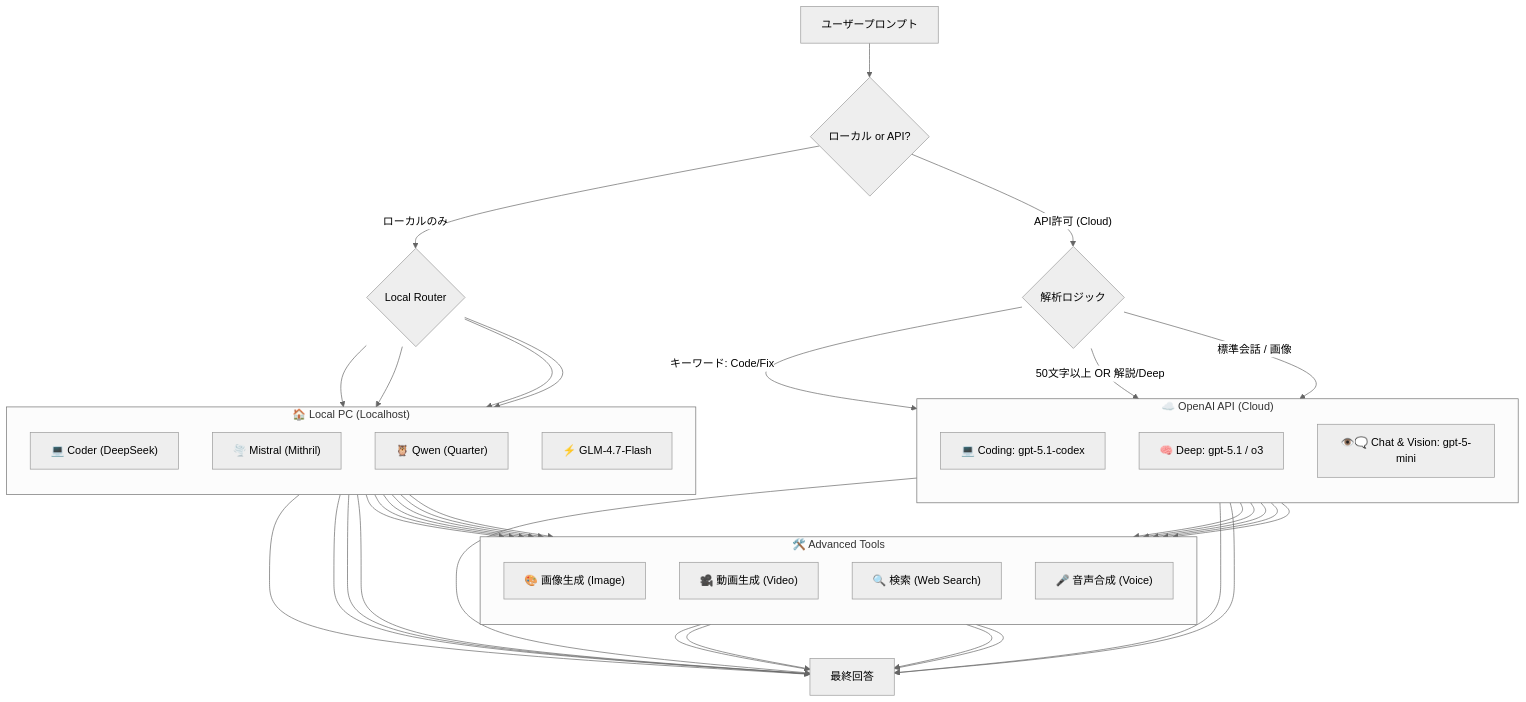
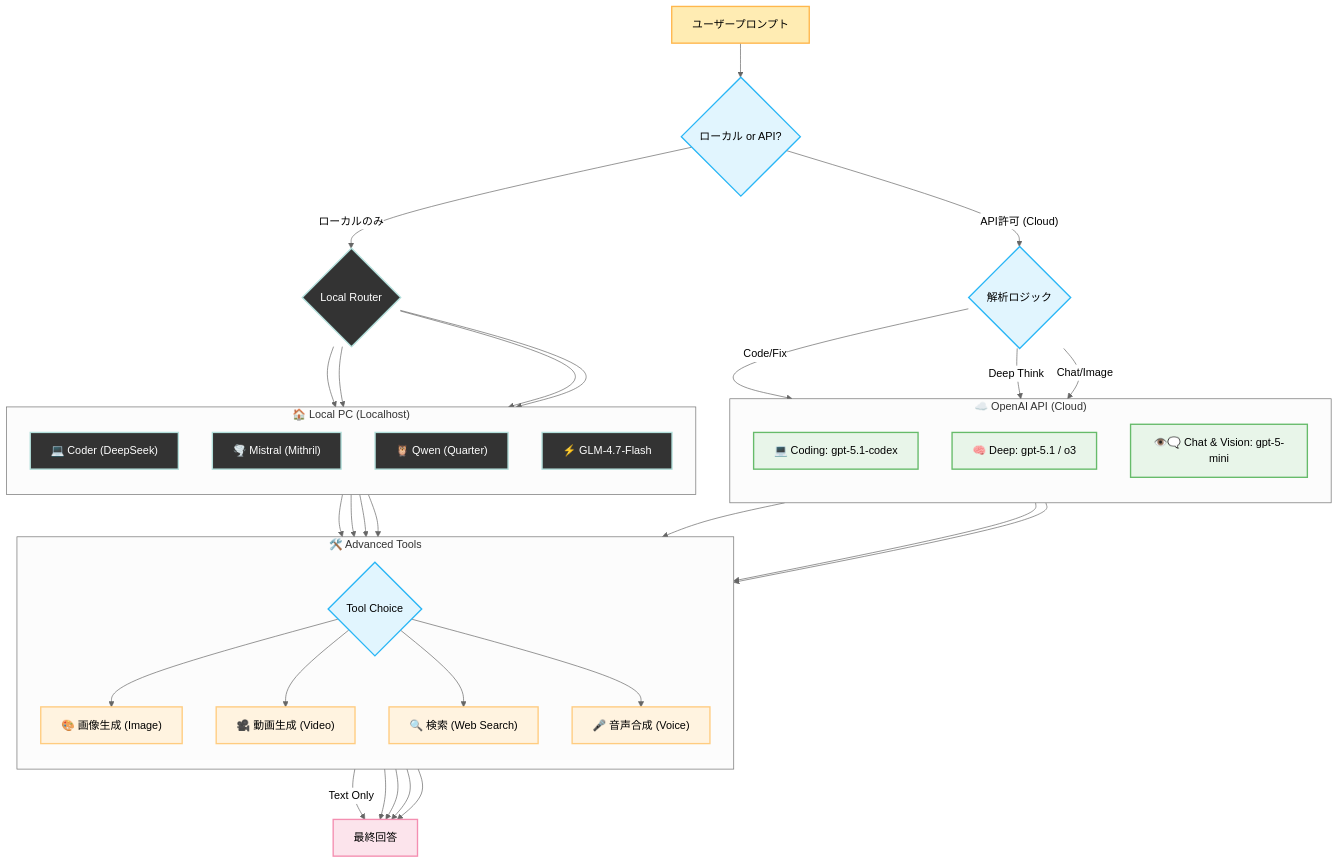
The diagram in README_JP.md (YoneRai12/YonerAI), drawn with Mermaid (neutral theme) before and after one commit. The commit also changed 1 other file, not shown here.

Commit message:
Docs: Beautify Diagram - Bundle Wires via ToolHub & Add Colors [skip ci]

````diff
--- a/README_JP.md
+++ b/README_JP.md
@@ -60,55 +60,64 @@
 ```mermaid
 graph TD
-    UserInput["ユーザープロンプト"] --> RouteCheck{ローカル or API?}
+    %% Styling Definitions
+    classDef user fill:#ffecb3,stroke:#ffb74d,stroke-width:2px,color:#000
+    classDef router fill:#e1f5fe,stroke:#29b6f6,stroke-width:2px,color:#000
+    classDef cloud fill:#e8f5e9,stroke:#66bb6a,stroke-width:2px,color:#000
+    classDef local fill:#333,stroke:#b2dfdb,stroke-width:2px,color:#fff
+    classDef tool fill:#fff3e0,stroke:#ffcc80,stroke-width:2px,color:#000
+    classDef final fill:#fce4ec,stroke:#f48fb1,stroke-width:2px,color:#000
+
+    UserInput["ユーザープロンプト"]:::user --> RouteCheck{ローカル or API?}:::router
 
     %% Right Branch: Local
-    RouteCheck -- "ローカルのみ" --> LocalRouter{Local Router}
+    RouteCheck -- "ローカルのみ" --> LocalRouter{Local Router}:::local
 
     %% Left Branch: Cloud (API)
-    RouteCheck -- "API許可 (Cloud)" --> OmniRouter{解析ロジック}
+    RouteCheck -- "API許可 (Cloud)" --> OmniRouter{解析ロジック}:::router
 
     %% Cloud Subgraph
     subgraph Cloud ["☁️ OpenAI API (Cloud)"]
         direction TB
-        CodingModel["💻 Coding: gpt-5.1-codex"]
-        HighModel["🧠 Deep: gpt-5.1 / o3"]
-        MiniModel["👁️🗨️ Chat & Vision: gpt-5-mini"]
+        CodingModel["💻 Coding: gpt-5.1-codex"]:::cloud
+        HighModel["🧠 Deep: gpt-5.1 / o3"]:::cloud
+        MiniModel["👁️🗨️ Chat & Vision: gpt-5-mini"]:::cloud
     end
     
     %% Local Subgraph
     subgraph Local ["🏠 Local PC (Localhost)"]
         direction TB
-        L_Coder["💻 Coder (DeepSeek)"]
-        L_Mistral["🌪️ Mistral (Mithril)"]
-        L_Qwen["🦉 Qwen (Quarter)"]
-        L_GLM["⚡ GLM-4.7-Flash"]
+        L_Coder["💻 Coder (DeepSeek)"]:::local
+        L_Mistral["🌪️ Mistral (Mithril)"]:::local
+        L_Qwen["🦉 Qwen (Quarter)"]:::local
+        L_GLM["⚡ GLM-4.7-Flash"]:::local
     end
 
     %% Tools Layer
     subgraph Tools ["🛠️ Advanced Tools"]
         direction TB
-        T_Img["🎨 画像生成 (Image)"]
-        T_Vid["🎥 動画生成 (Video)"]
-        T_Search["🔍 検索 (Web Search)"]
-        T_Voice["🎤 音声合成 (Voice)"]
+        ToolHub{Tool Choice}:::router
+        T_Img["🎨 画像生成 (Image)"]:::tool
+        T_Vid["🎥 動画生成 (Video)"]:::tool
+        T_Search["🔍 検索 (Web Search)"]:::tool
+        T_Voice["🎤 音声合成 (Voice)"]:::tool
     end
 
     %% Routing to Models
     LocalRouter --> L_Coder & L_Mistral & L_Qwen & L_GLM
-    OmniRouter -- "キーワード: Code/Fix" --> CodingModel
-    OmniRouter -- "50文字以上 OR 解説/Deep" --> HighModel
-    OmniRouter -- "標準会話 / 画像" --> MiniModel
+    OmniRouter -- "Code/Fix" --> CodingModel
+    OmniRouter -- "Deep Think" --> HighModel
+    OmniRouter -- "Chat/Image" --> MiniModel
 
-    %% Models to Tools
-    CodingModel & L_Coder --> T_Search
-    HighModel & L_Qwen --> T_Vid & T_Search
-    MiniModel & L_Mistral --> T_Img & T_Voice
-    L_GLM --> T_Voice
+    %% Models to Tool Hub (Bundling)
+    CodingModel & HighModel & MiniModel --> ToolHub
+    L_Coder & L_Mistral & L_Qwen & L_GLM --> ToolHub
 
-    %% Models Direct Response (Chat)
-    CodingModel & HighModel & MiniModel --> Response["最終回答"]
-    L_Coder & L_Mistral & L_Qwen & L_GLM --> Response
+    %% Tool Hub to Specific Tools
+    ToolHub --> T_Img & T_Vid & T_Search & T_Voice
+    
+    %% Direct Path (No Tool)
+    ToolHub -- "Text Only" --> Response["最終回答"]:::final
 
     %% Tools to Response
     T_Img & T_Vid & T_Search & T_Voice --> Response
 ```
````
